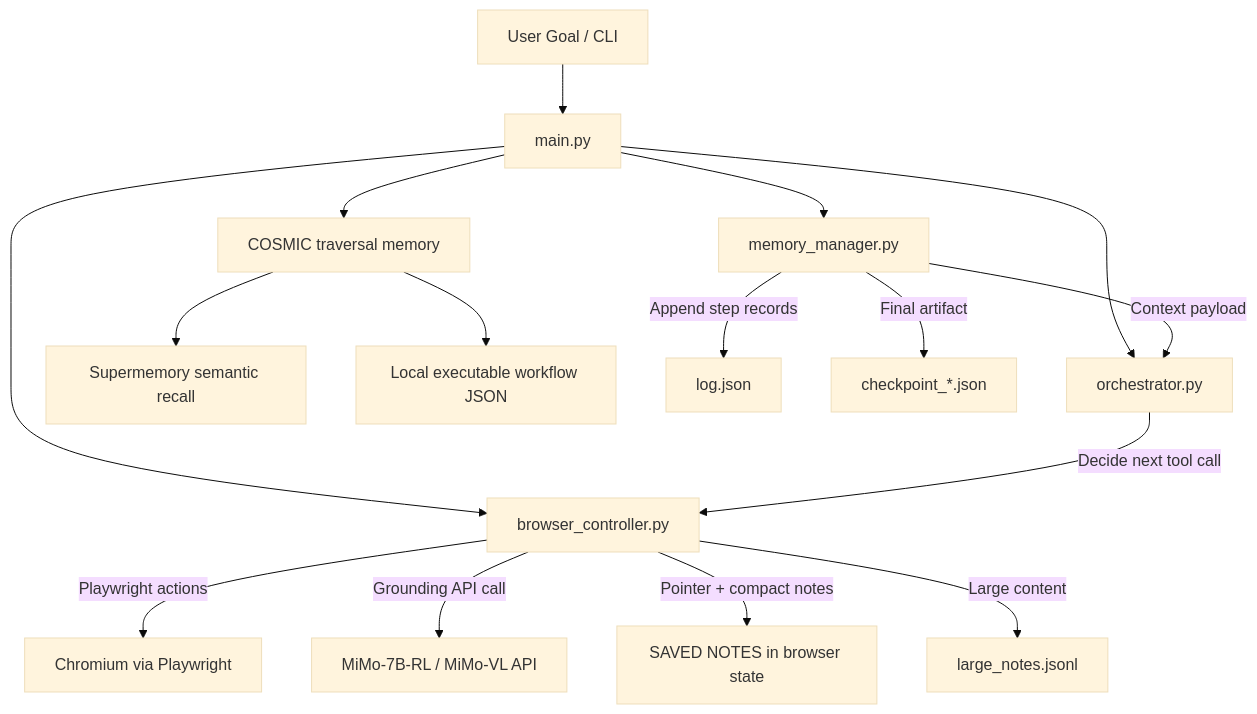
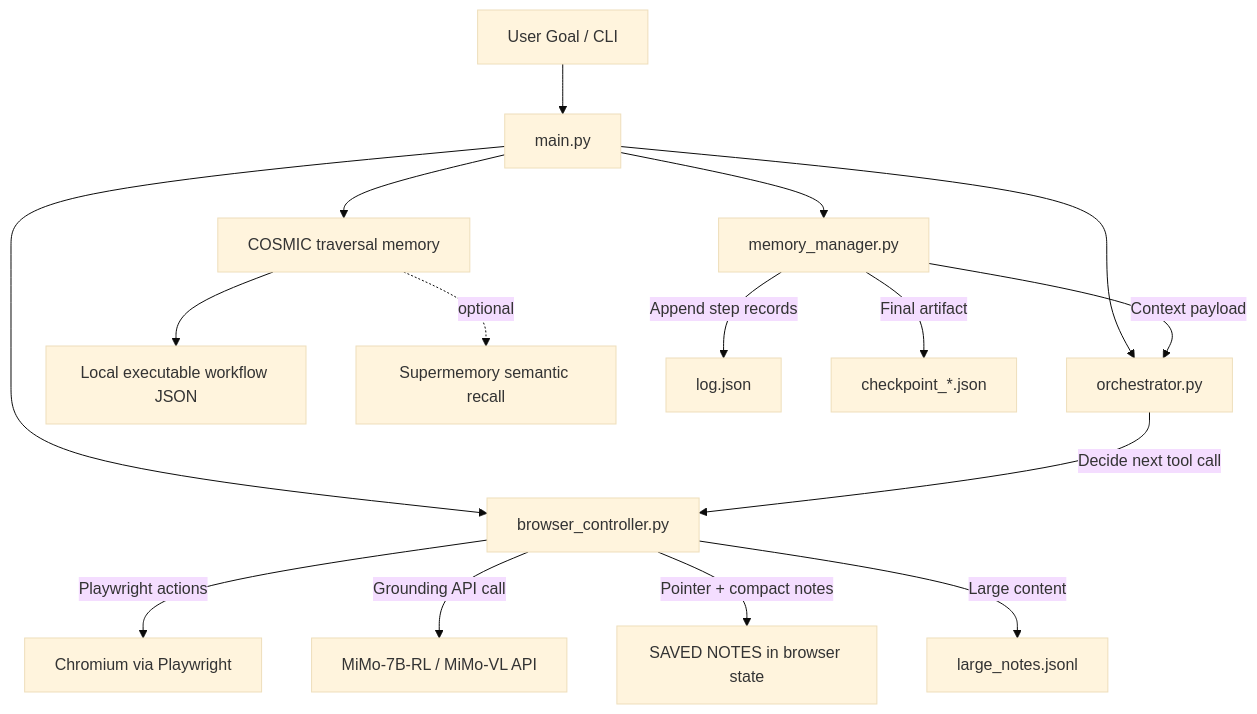
One commit to uspraveen/agent-browser-index changed the first of 3 diagrams in cosmic-browser-use/README.md. Above: the diagram before and after it, drawn with Mermaid (base theme). The commit also changed other lines of this file and 3 other files, not shown here.

````diff
--- a/cosmic-browser-use/README.md
+++ b/cosmic-browser-use/README.md
@@ -37,21 +39,21 @@
 ```mermaid
 flowchart TD
     U[User Goal / CLI] --> M[main.py]
     M --> O[orchestrator.py]
     M --> B[browser_controller.py]
     M --> MEM[memory_manager.py]
 
     O -->|Decide next tool call| B
     B -->|Playwright actions| PW[Chromium via Playwright]
     B -->|Grounding API call| MIMO[MiMo-7B-RL / MiMo-VL API]
     M --> COSMIC[COSMIC traversal memory]
-    COSMIC --> SM[Supermemory semantic recall]
     COSMIC --> WF[Local executable workflow JSON]
+    COSMIC -.->|optional| SM[Supermemory semantic recall]
 
     MEM -->|Context payload| O
     MEM -->|Append step records| LOG[log.json]
     MEM -->|Final artifact| CKPT[checkpoint_*.json]
 
     B -->|Pointer + compact notes| NOTES[SAVED NOTES in browser state]
     B -->|Large content| LNS[large_notes.jsonl]
 ```
````
